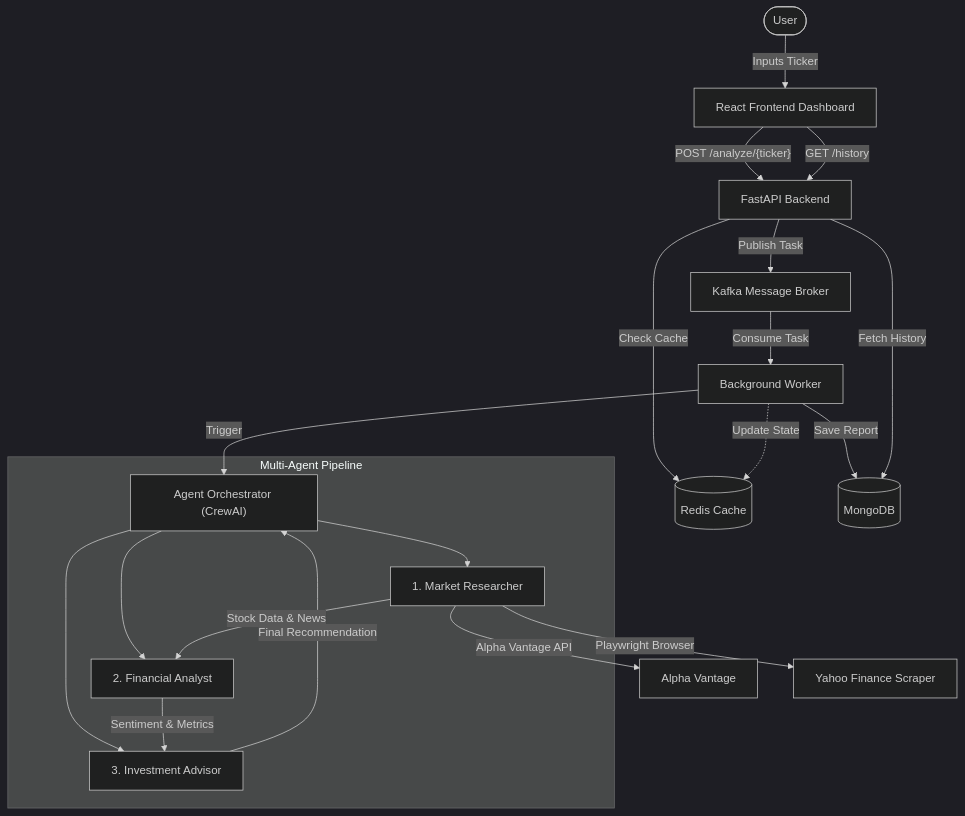
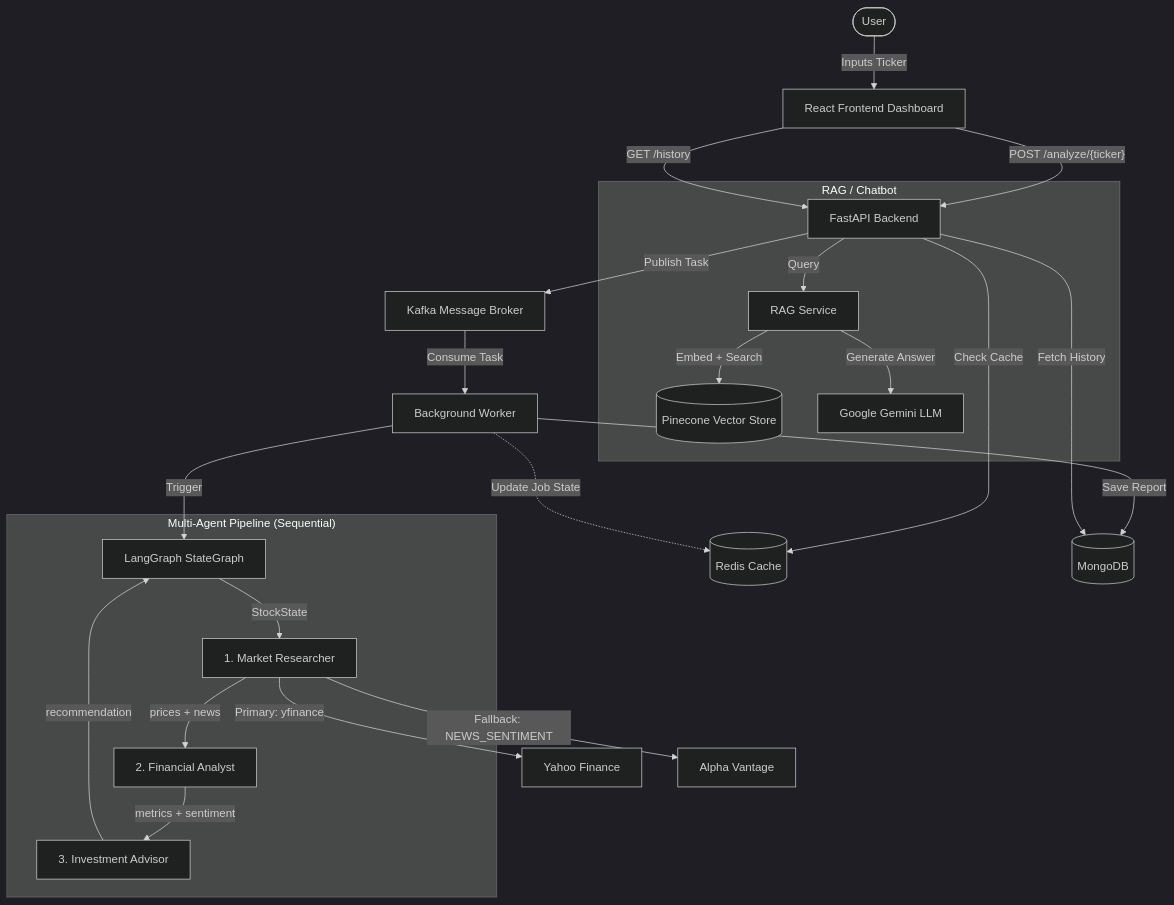
Before and after one commit to tiencuong02/He-thong-Multi-Agent-Phan-tich-va-Khuyen-nghi-Ma-Co-phieu: the diagram in architecture.md, drawn with Mermaid (dark theme). The commit also changed other lines of this file and 2 other files, not shown here.

Commit message:
update architecture khi thay langGraph

````diff
--- a/architecture.md
+++ b/architecture.md
@@ -3,38 +3,33 @@
 ```mermaid
 graph TD
-    %% User interacts with the frontend
     User([User]) -->|Inputs Ticker| React[React Frontend Dashboard]
-    
-    %% React connects to FastAPI
+
     React -->|"POST /analyze/{ticker}"| FastAPI[FastAPI Backend]
     React -->|"GET /history"| FastAPI
-    
-    %% FastAPI interacts with Worker, Kafka and Caching
+
     FastAPI -->|Check Cache| Redis[(Redis Cache)]
     FastAPI -->|Publish Task| Kafka[Kafka Message Broker]
     Kafka -->|Consume Task| Worker[Background Worker]
-    
-    %% Worker interacts with Agent Orchestrator and saves state
-    Worker -.->|Update State| Redis
-    Worker -->|Trigger| Orchestrator["Agent Orchestrator (CrewAI)"]
-    
-    %% LangGraph orchestrates the 3 main agents
-    subgraph pipeline ["Multi-Agent Pipeline"]
-        Orchestrator --> Agent1[1. Market Researcher]
-        Orchestrator --> Agent2[2. Financial Analyst]
-        Orchestrator --> Agent3[3. Investment Advisor]
-        
-        %% Flow of data between agents
-        Agent1 -->|Stock Data & News| Agent2
-        Agent2 -->|Sentiment & Metrics| Agent3
-        Agent3 -->|Final Recommendation| Orchestrator
+
+    Worker -.->|Update Job State| Redis
+    Worker -->|Trigger| LangGraph["LangGraph StateGraph"]
+
+    subgraph pipeline ["Multi-Agent Pipeline (Sequential)"]
+        LangGraph -->|StockState| Agent1[1. Market Researcher]
+        Agent1 -->|prices + news| Agent2[2. Financial Analyst]
+        Agent2 -->|metrics + sentiment| Agent3[3. Investment Advisor]
+        Agent3 -->|recommendation| LangGraph
     end
-    
-    %% Agents fetching external data
-    Agent1 -->|Alpha Vantage API| ExtAPI1[Alpha Vantage]
-    Agent1 -->|Playwright Browser| ExtAPI2[Yahoo Finance Scraper]
-    
-    %% Saving data to DB
+
+    Agent1 -->|Primary: yfinance| ExtAPI1[Yahoo Finance]
+    Agent1 -->|Fallback: NEWS_SENTIMENT| ExtAPI2[Alpha Vantage]
+
     Worker -->|Save Report| MongoDB[(MongoDB)]
     FastAPI -->|Fetch History| MongoDB
+
+    subgraph rag ["RAG / Chatbot"]
+        FastAPI -->|Query| RAGService[RAG Service]
+        RAGService -->|Embed + Search| Pinecone[(Pinecone Vector Store)]
+        RAGService -->|Generate Answer| Gemini[Google Gemini LLM]
+    end
 ```
````
